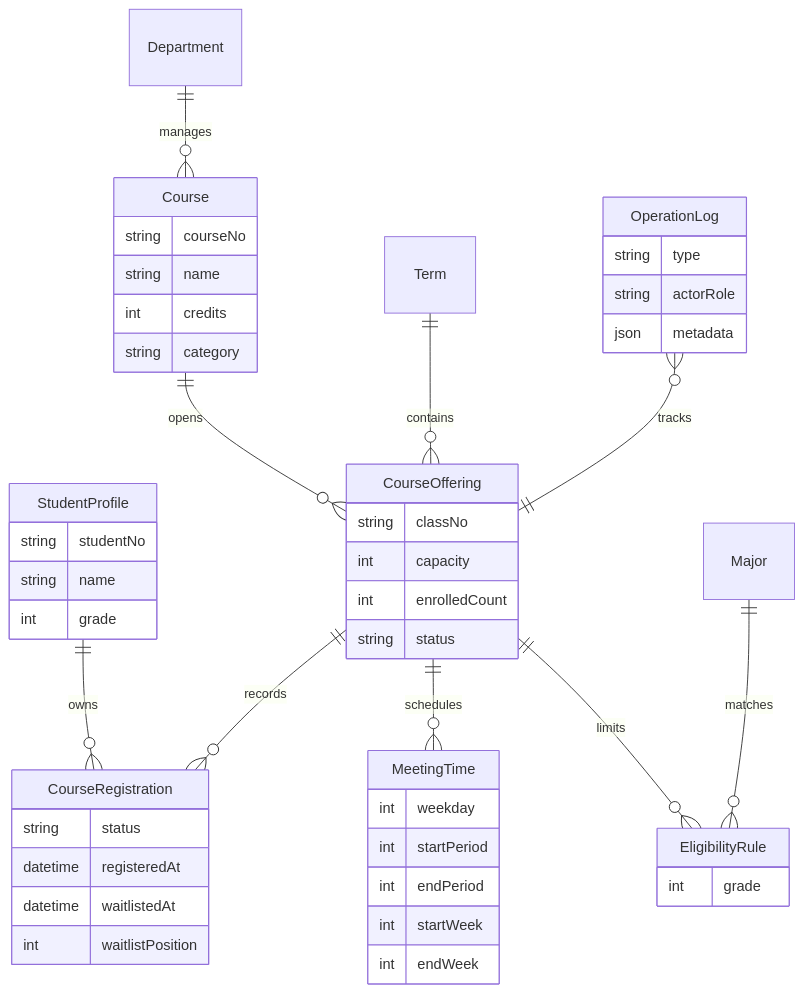
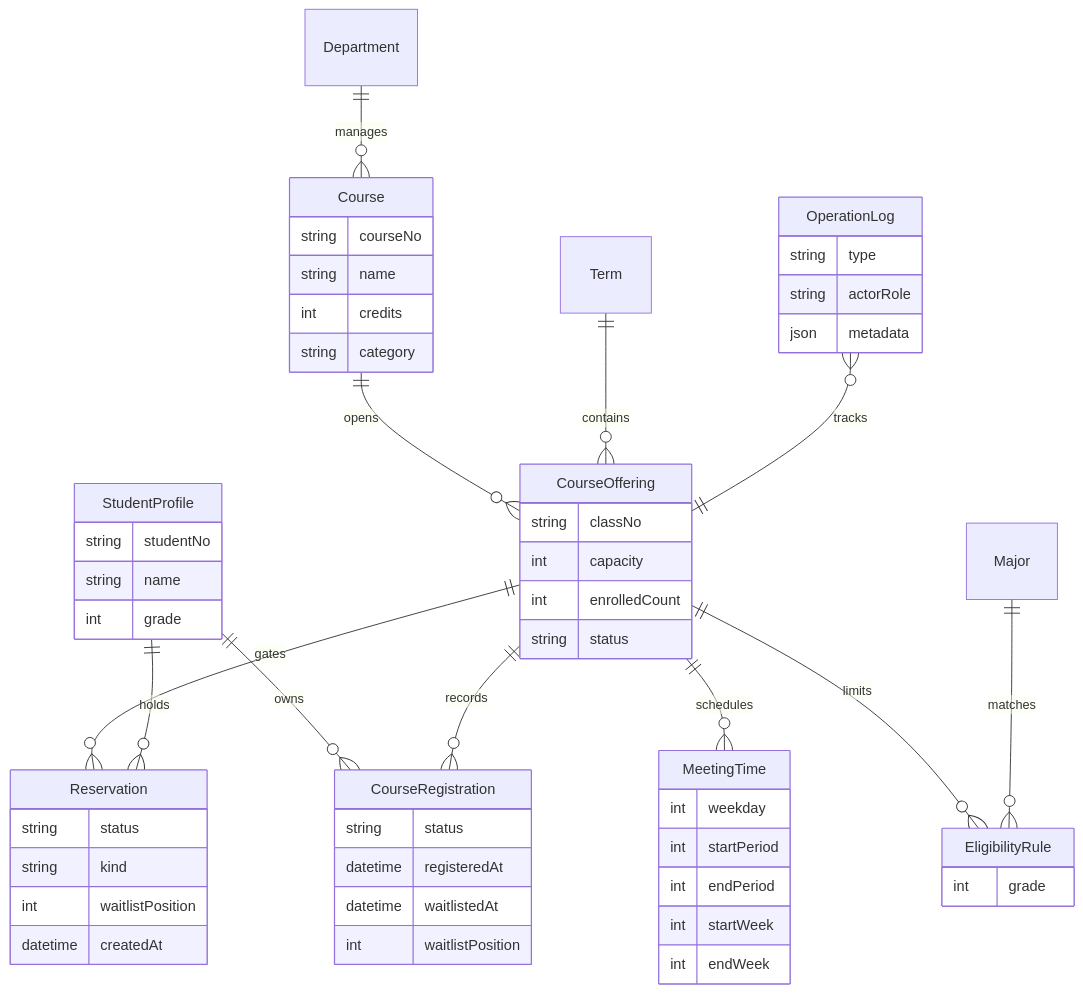
The first of 2 diagrams in course-reports/iconix-modeling.md (schenfune/homework2606), drawn with Mermaid before and after one commit. The commit also changed other lines of this file and 20 other files, not shown here.

````diff
--- a/course-reports/iconix-modeling.md
+++ b/course-reports/iconix-modeling.md
@@ -47,50 +59,58 @@
 ```mermaid
 erDiagram
     StudentProfile ||--o{ CourseRegistration : owns
     CourseOffering ||--o{ CourseRegistration : records
     Course ||--o{ CourseOffering : opens
     Term ||--o{ CourseOffering : contains
     CourseOffering ||--o{ MeetingTime : schedules
     CourseOffering ||--o{ EligibilityRule : limits
     Major ||--o{ EligibilityRule : matches
     Department ||--o{ Course : manages
     OperationLog }o--|| CourseOffering : tracks
+    CourseOffering ||--o{ Reservation : gates
+    StudentProfile ||--o{ Reservation : holds
     StudentProfile {
         string studentNo
         string name
         int grade
     }
     Course {
         string courseNo
         string name
         int credits
         string category
     }
     CourseOffering {
         string classNo
         int capacity
         int enrolledCount
         string status
     }
     CourseRegistration {
         string status
         datetime registeredAt
         datetime waitlistedAt
         int waitlistPosition
     }
     EligibilityRule {
         int grade
     }
     MeetingTime {
         int weekday
         int startPeriod
         int endPeriod
         int startWeek
         int endWeek
     }
     OperationLog {
         string type
         string actorRole
         json metadata
     }
+    Reservation {
+        string status
+        string kind
+        int waitlistPosition
+        datetime createdAt
+    }
 ```
````
